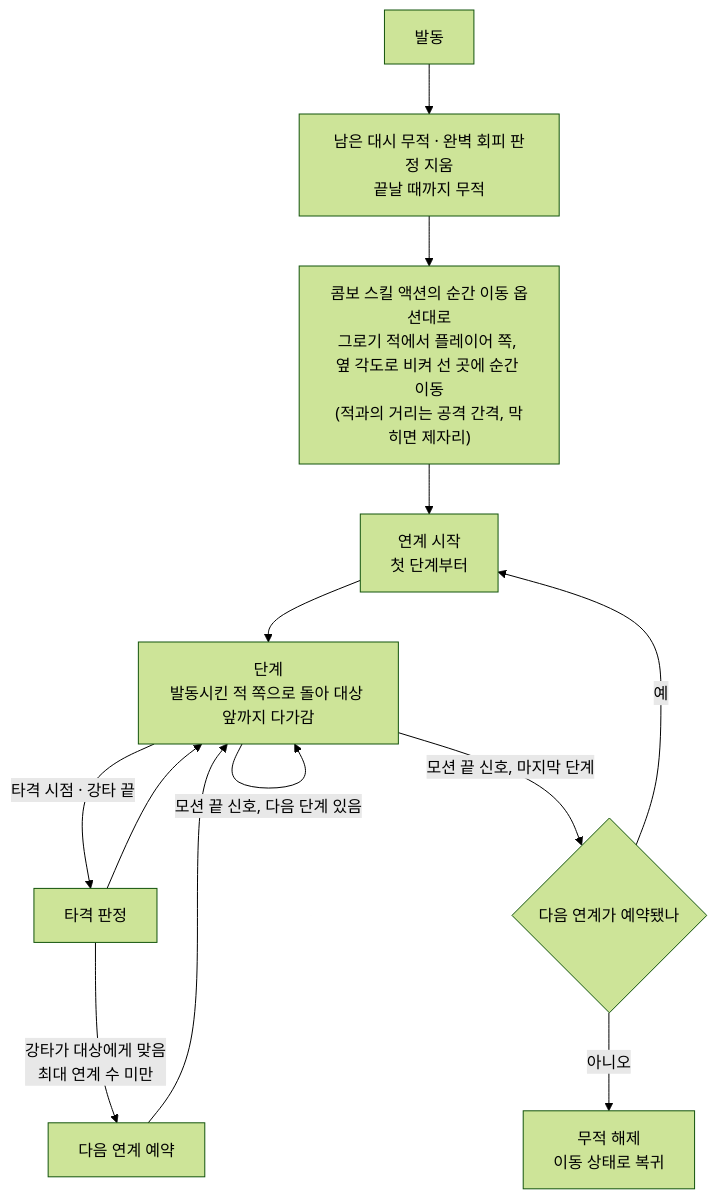
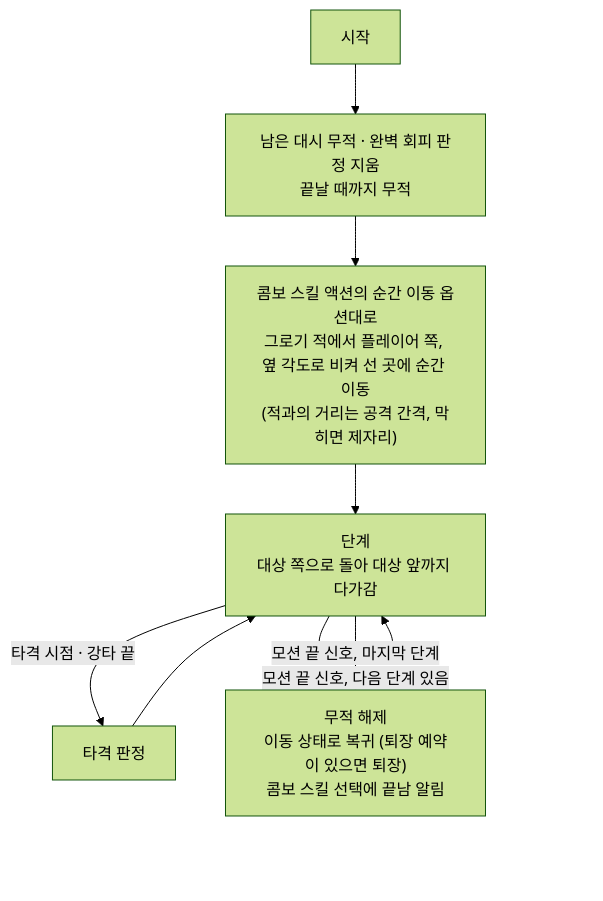
One commit to SquashPrince/Develrocket_mp15_HHH changed the fourth of 4 diagrams in Docs/Technical/Player/PlayerComboSkill.md. Above: the diagram before and after it, drawn with Mermaid (forest theme). The commit also changed other lines of this file and 4 other files, not shown here.

````diff
--- a/Docs/Technical/Player/PlayerComboSkill.md
+++ b/Docs/Technical/Player/PlayerComboSkill.md
@@ -55,15 +103,10 @@
 ```mermaid
 flowchart TD
-    S["발동"] --> E["남은 대시 무적 · 완벽 회피 판정 지움<br>끝날 때까지 무적"]
+    S["시작"] --> E["남은 대시 무적 · 완벽 회피 판정 지움<br>끝날 때까지 무적"]
     E --> M["콤보 스킬 액션의 순간 이동 옵션대로<br>그로기 적에서 플레이어 쪽, 옆 각도로 비켜 선 곳에 순간 이동<br>(적과의 거리는 공격 간격, 막히면 제자리)"]
-    M --> C["연계 시작<br>첫 단계부터"]
-    C --> A["단계<br>발동시킨 적 쪽으로 돌아 대상 앞까지 다가감"]
+    M --> A["단계<br>대상 쪽으로 돌아 대상 앞까지 다가감"]
     A -->|"타격 시점 · 강타 끝"| H["타격 판정"]
     H --> A
-    H -->|"강타가 대상에게 맞음<br>최대 연계 수 미만"| Q["다음 연계 예약"]
-    Q --> A
     A -->|"모션 끝 신호, 다음 단계 있음"| A
-    A -->|"모션 끝 신호, 마지막 단계"| R{"다음 연계가 예약됐나"}
-    R -->|"예"| C
-    R -->|"아니오"| L["무적 해제<br>이동 상태로 복귀"]
+    A -->|"모션 끝 신호, 마지막 단계"| L["무적 해제<br>이동 상태로 복귀 (퇴장 예약이 있으면 퇴장)<br>콤보 스킬 선택에 끝남 알림"]
 ```
````
